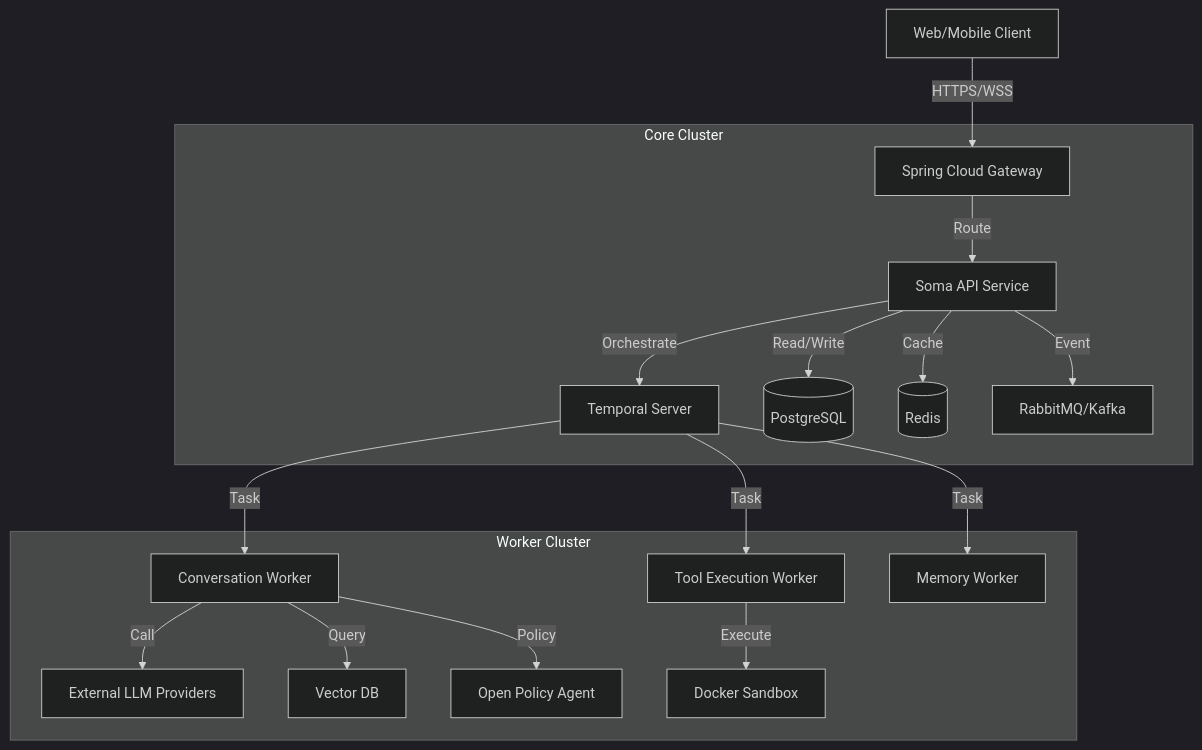
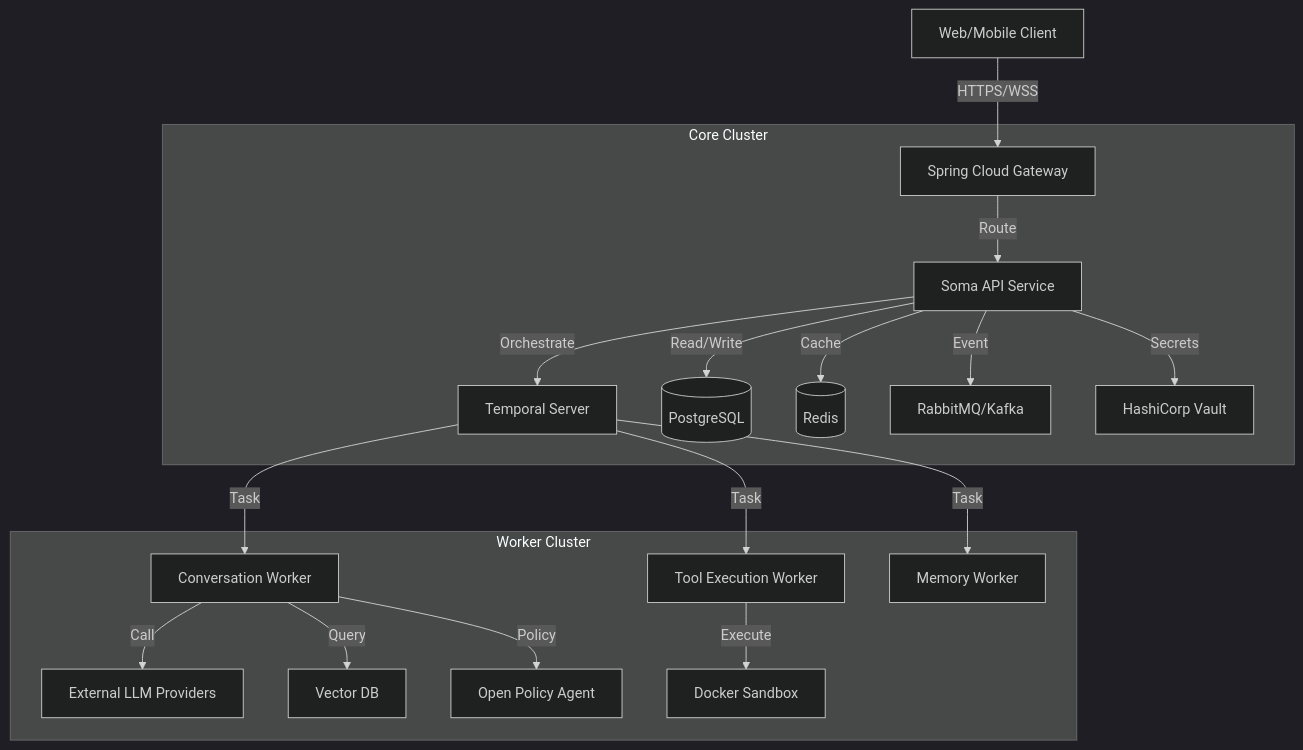
Before and after one commit to somatechlat/somaagent01: the diagram in SRS.md, drawn with Mermaid (dark theme). The commit also changed other lines of this file, not shown here.

````diff
--- a/SRS.md
+++ b/SRS.md
@@ -36,25 +39,26 @@
 ```mermaid
 graph TD
     Client[Web/Mobile Client] -->|HTTPS/WSS| Gateway[Spring Cloud Gateway]
 
     subgraph "Core Cluster"
         Gateway -->|Route| API[Soma API Service]
         API -->|Orchestrate| Temporal[Temporal Server]
 
         API -->|Read/Write| DB[(PostgreSQL)]
         API -->|Cache| Redis[(Redis)]
         API -->|Event| Broker[RabbitMQ/Kafka]
+        API -->|Secrets| Vault[HashiCorp Vault]
     end
 
     subgraph "Worker Cluster"
         Temporal -->|Task| W_Conv[Conversation Worker]
         Temporal -->|Task| W_Tool[Tool Execution Worker]
         Temporal -->|Task| W_Mem[Memory Worker]
 
         W_Conv -->|Call| LLM[External LLM Providers]
         W_Conv -->|Query| Vector[Vector DB]
         W_Conv -->|Policy| OPA[Open Policy Agent]
 
         W_Tool -->|Execute| Sandbox[Docker Sandbox]
     end
 ```
````
